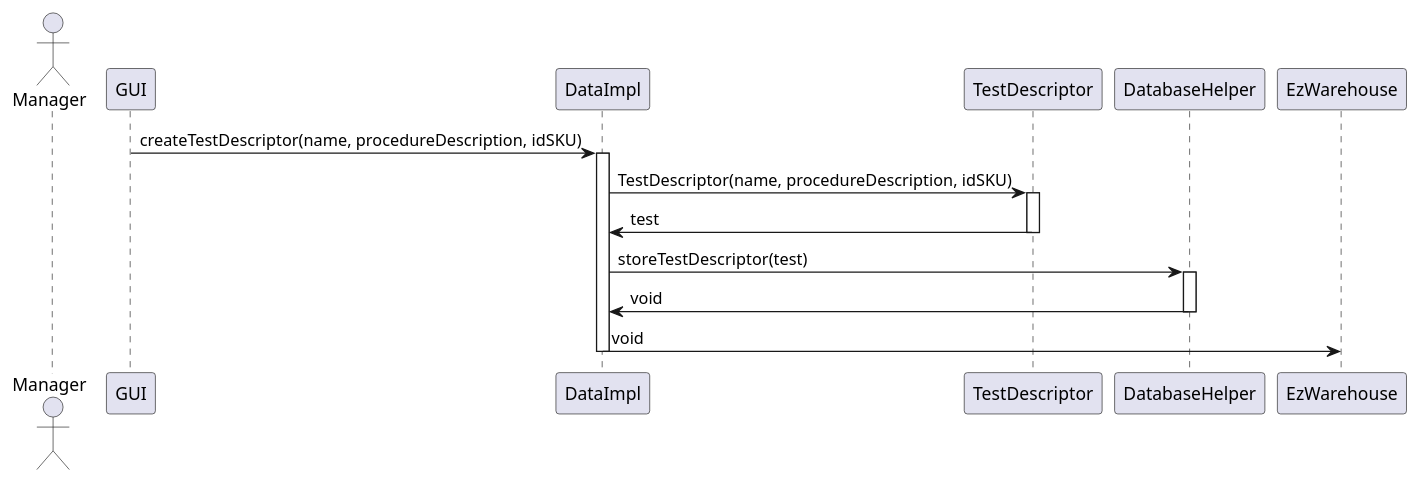
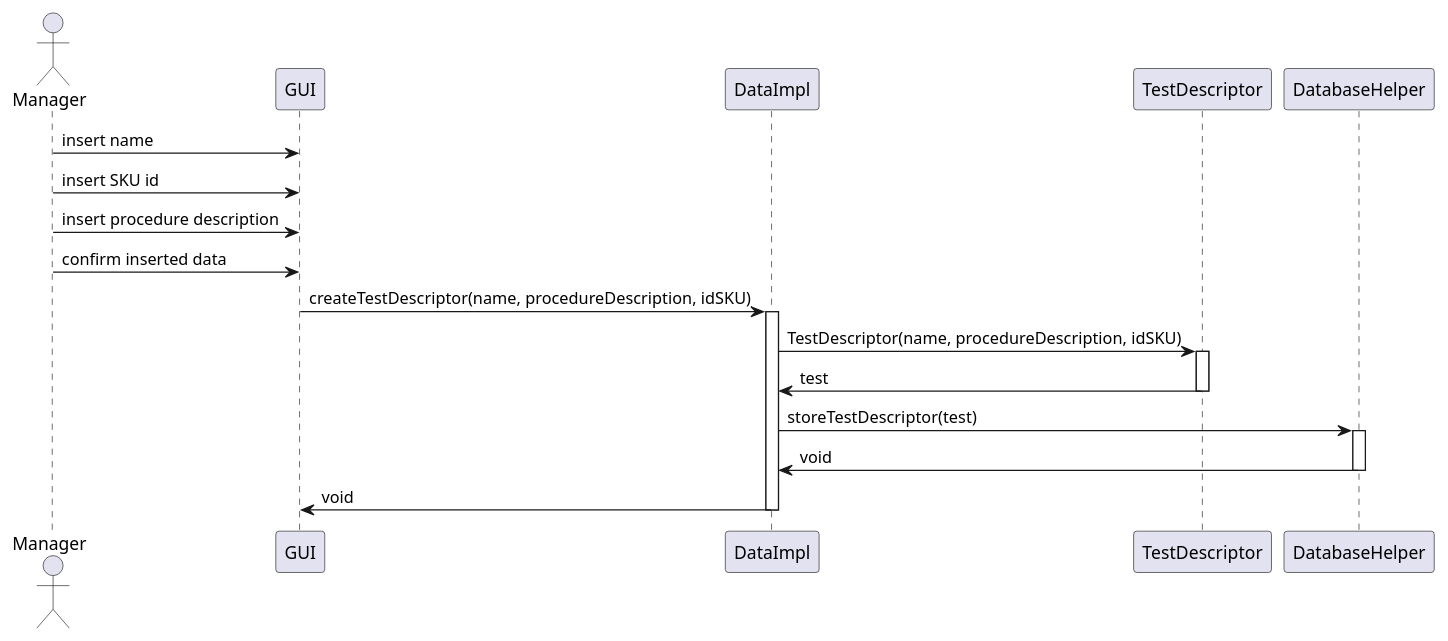
The sixth of 6 diagrams in DESIGN PART/DesignDocument.md (DavideArcolini/SoftEng_garbageCollector), drawn with PlantUML before and after one commit. The commit also changed other lines of this file, not shown here.

````diff
--- a/DESIGN PART/DesignDocument.md
+++ b/DESIGN PART/DesignDocument.md
@@ -610,17 +594,19 @@
 ```plantuml
 actor Manager
-
+Manager -> GUI : insert name
+Manager -> GUI : insert SKU id
+Manager -> GUI : insert procedure description
+Manager -> GUI : confirm inserted data
 GUI -> DataImpl : createTestDescriptor(name, procedureDescription, idSKU)
 activate DataImpl
 DataImpl -> TestDescriptor : TestDescriptor(name, procedureDescription, idSKU) 
 activate TestDescriptor
 DataImpl <- TestDescriptor : test
 deactivate TestDescriptor
 DataImpl -> DatabaseHelper : storeTestDescriptor(test)
 activate DatabaseHelper
 DataImpl <- DatabaseHelper : void
 deactivate DatabaseHelper
-EzWarehouse <- DataImpl : void
+GUI <- DataImpl : void
 deactivate DataImpl
-deactivate EzWarehouse
 ```
````
